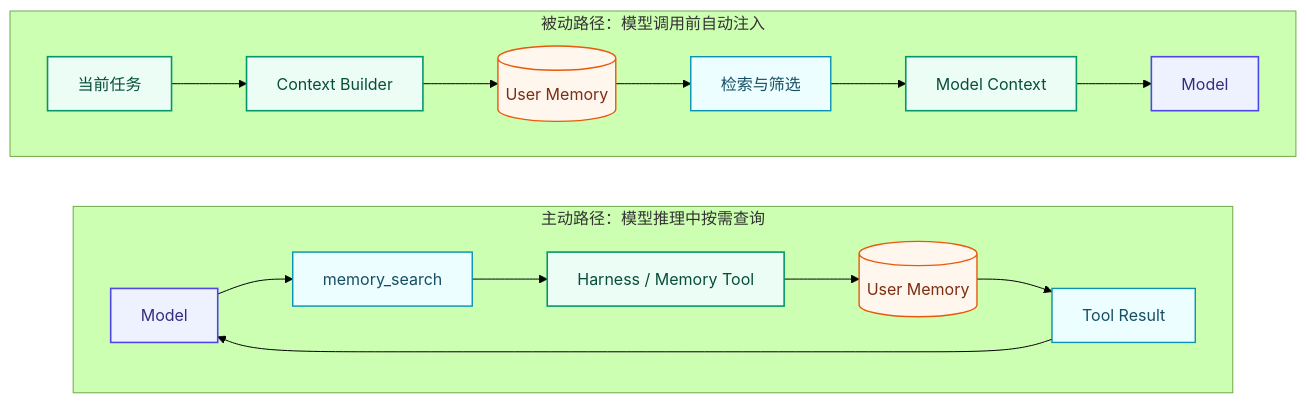
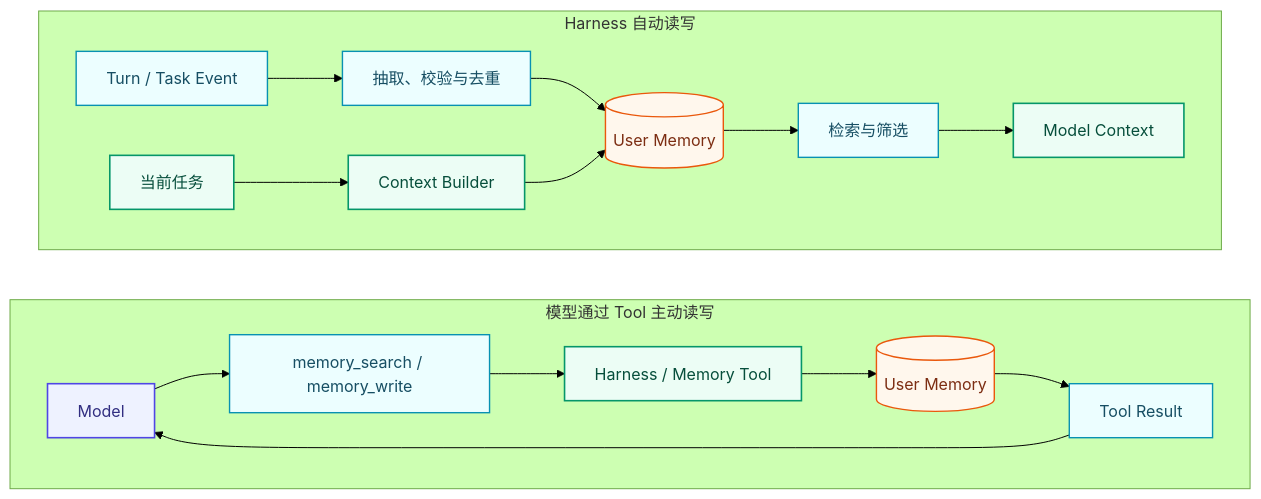
The diagram in AG.md (Kovember/Cool_boy), drawn with Mermaid (forest theme) before and after one commit. The commit also changed other lines of this file, not shown here.

````diff
--- a/AG.md
+++ b/AG.md
@@ -1363,31 +1442,32 @@
 ```mermaid
 flowchart TB
-    subgraph PASSIVE["被动路径：模型调用前自动注入"]
+    subgraph AUTO["Harness 自动读写"]
         direction LR
+        EVENT["Turn / Task Event"] --> EXTRACT["抽取、校验与去重"]
+        EXTRACT --> STORE1[("User Memory")]
         INPUT1["当前任务"] --> CB["Context Builder"]
-        CB --> STORE1[("User Memory")]
+        CB --> STORE1
         STORE1 --> SELECT["检索与筛选"]
         SELECT --> CTX["Model Context"]
-        CTX --> MODEL1["Model"]
     end
 
-    subgraph ACTIVE["主动路径：模型推理中按需查询"]
+    subgraph ACTIVE["模型通过 Tool 主动读写"]
         direction LR
-        MODEL2["Model"] --> CALL["memory_search"]
+        MODEL2["Model"] --> CALL["memory_search / memory_write"]
         CALL --> TOOL["Harness / Memory Tool"]
         TOOL --> STORE2[("User Memory")]
         STORE2 --> RESULT["Tool Result"]
         RESULT --> MODEL2
     end
 
-    MODEL1 ~~~ MODEL2
+    CTX ~~~ MODEL2
 
     classDef store fill:#FFF7ED,stroke:#EA580C,color:#7C2D12,stroke-width:1.4px;
     classDef process fill:#ECFEFF,stroke:#0891B2,color:#164E63,stroke-width:1.4px;
     classDef context fill:#ECFDF5,stroke:#059669,color:#064E3B,stroke-width:1.6px;
     classDef model fill:#EEF2FF,stroke:#4F46E5,color:#312E81,stroke-width:1.6px;
     class STORE1,STORE2 store;
-    class SELECT,CALL,RESULT process;
+    class EVENT,EXTRACT,SELECT,CALL,RESULT process;
     class INPUT1,CB,CTX,TOOL context;
-    class MODEL1,MODEL2 model;
+    class MODEL2 model;
 ```
````
